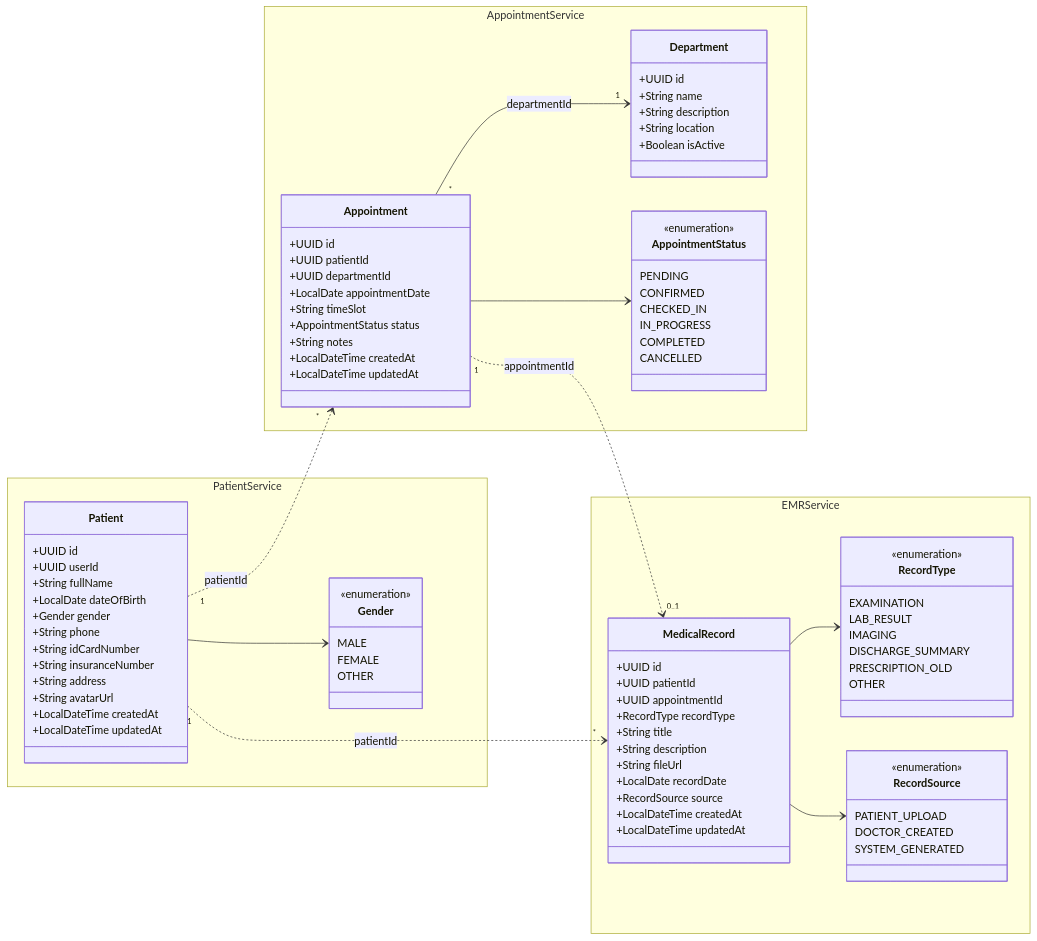
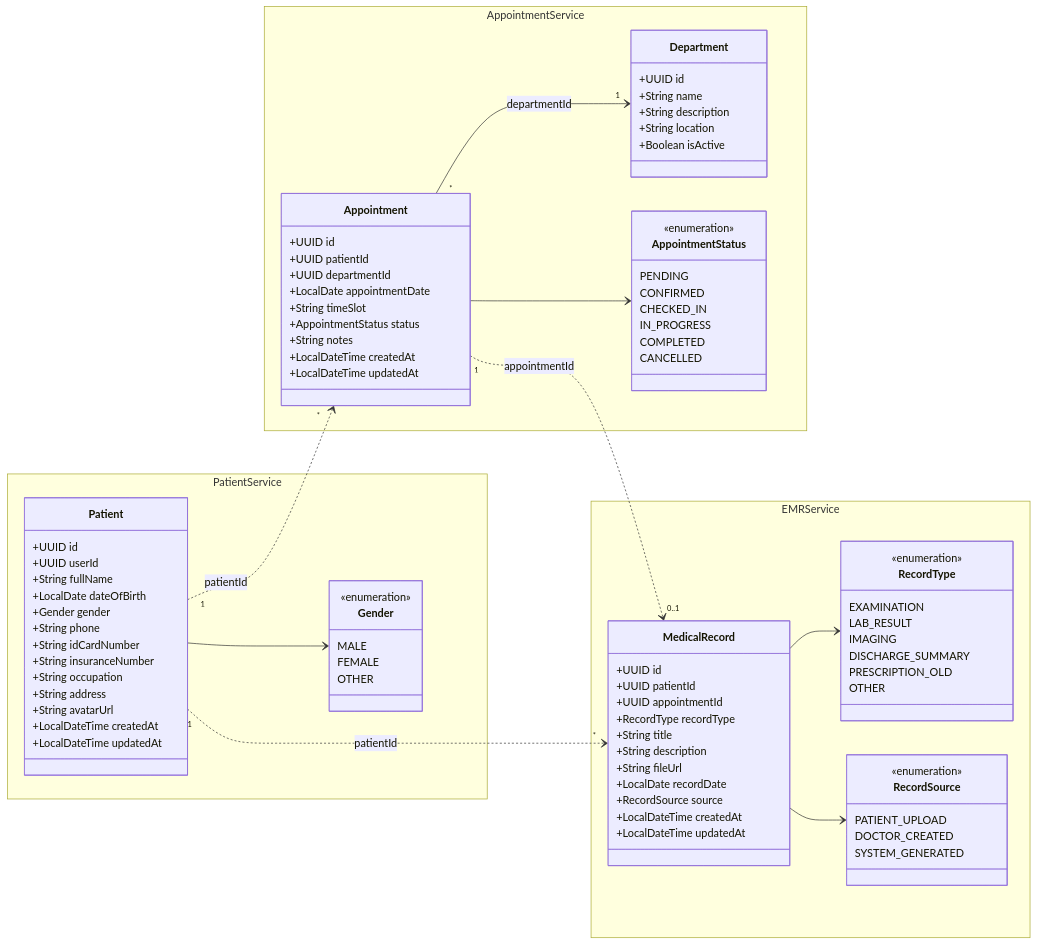
One commit to ntkhai268/careflow changed the seventh of 13 diagrams in docs/ooad-person-b.md. Above: the diagram before and after it, drawn with Mermaid. The commit also changed other lines of this file, not shown here.

Commit message:
docs(ooad): add occupation field to Patient entity

```diff
--- a/docs/ooad-person-b.md
+++ b/docs/ooad-person-b.md
@@ -650,6 +650,7 @@
             +String phone
             +String idCardNumber
             +String insuranceNumber
+            +String occupation
             +String address
             +String avatarUrl
             +LocalDateTime createdAt
```
